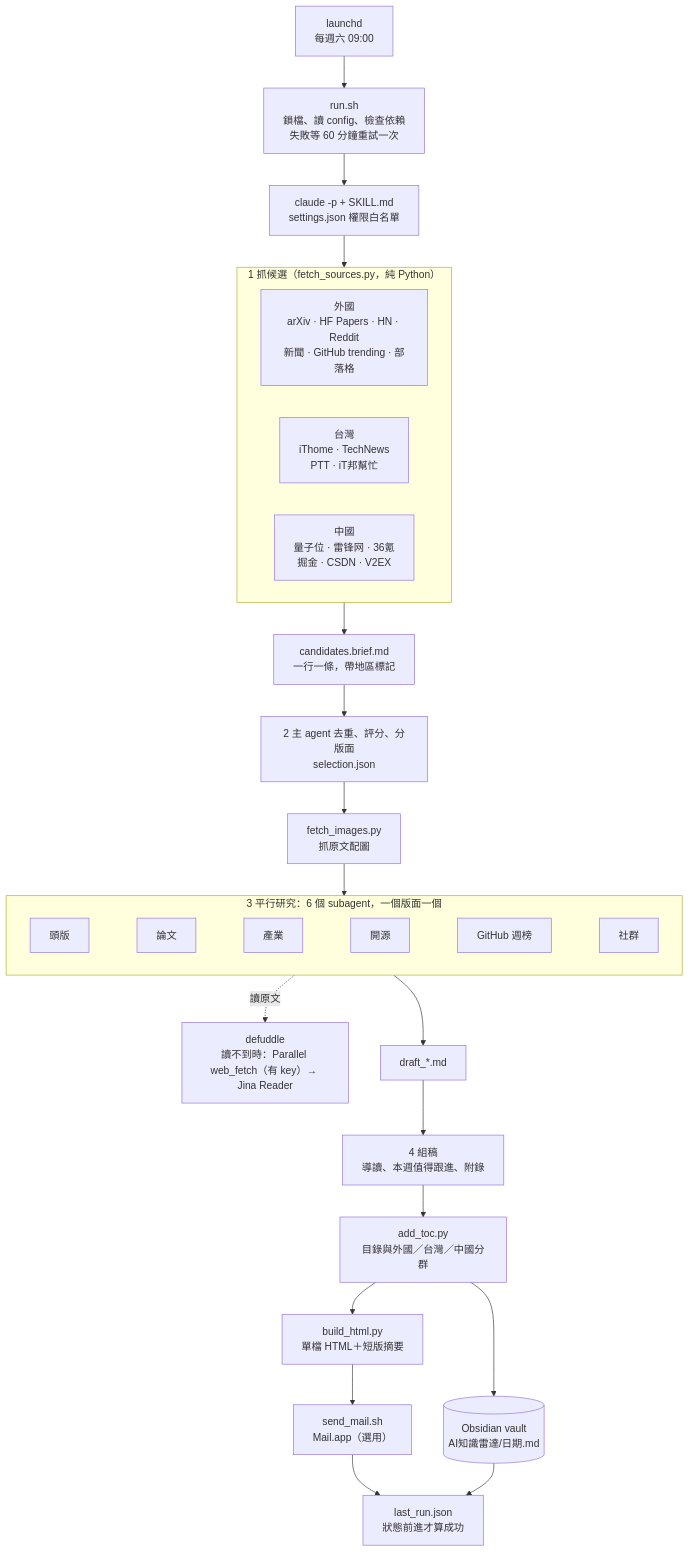
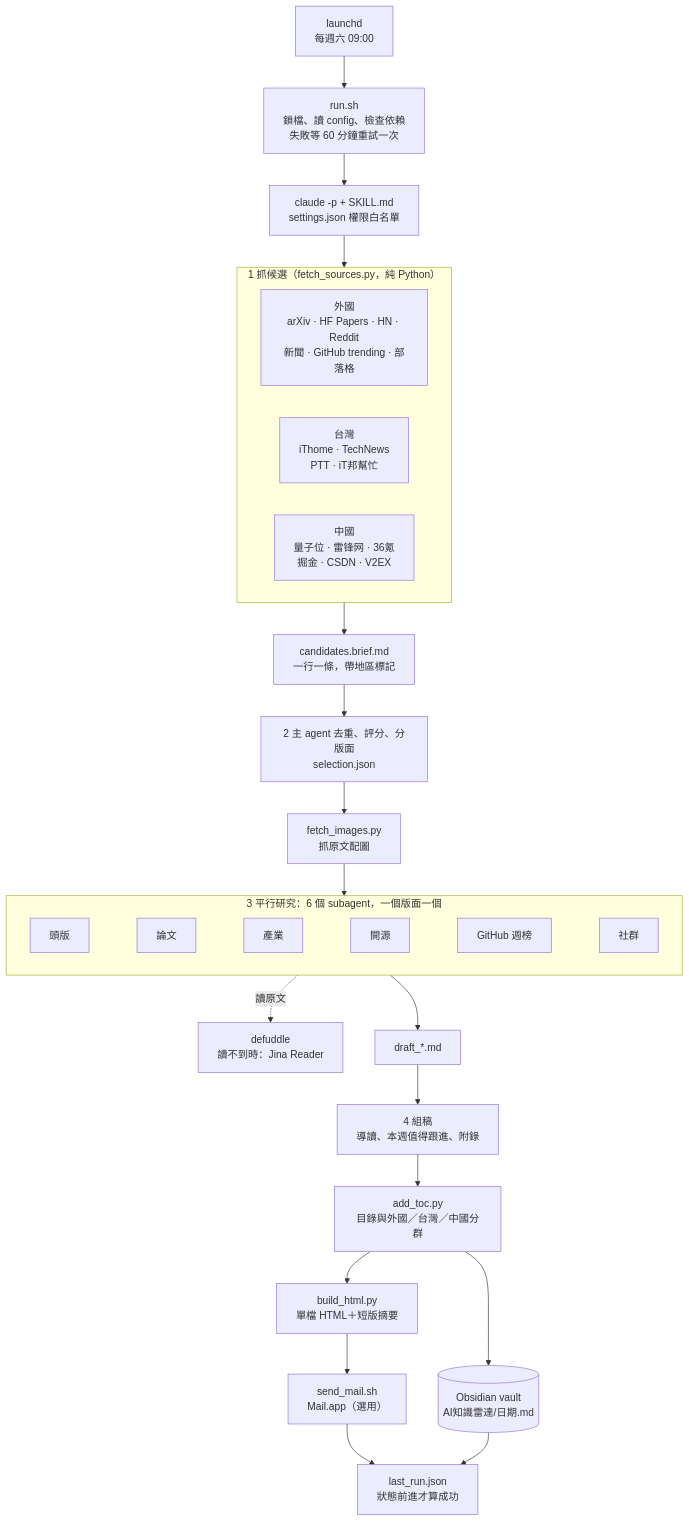
The diagram in README.md (dk40913/ai-radar), drawn with Mermaid before and after one commit. The commit also changed other lines of this file and 9 other files, not shown here.

Commit message:
Drop Parallel MCP: fallback fetching always uses Jina Reader

````diff
--- a/README.md
+++ b/README.md
@@ -60,31 +57,31 @@
 ```mermaid
 flowchart TD
     L["launchd<br/>每週六 09:00"] --> R["run.sh<br/>鎖檔、讀 config、檢查依賴<br/>失敗等 60 分鐘重試一次"]
     R --> C["claude -p + SKILL.md<br/>settings.json 權限白名單"]
 
     subgraph S1["1 抓候選（fetch_sources.py，純 Python）"]
         direction LR
         F1["外國<br/>arXiv · HF Papers · HN · Reddit<br/>新聞 · GitHub trending · 部落格"]
         F2["台灣<br/>iThome · TechNews<br/>PTT · iT邦幫忙"]
         F3["中國<br/>量子位 · 雷锋网 · 36氪<br/>掘金 · CSDN · V2EX"]
     end
     C --> S1
     S1 --> B["candidates.brief.md<br/>一行一條，帶地區標記"]
     B --> SEL["2 主 agent 去重、評分、分版面<br/>selection.json"]
     SEL --> IMG["fetch_images.py<br/>抓原文配圖"]
 
     subgraph S3["3 平行研究：6 個 subagent，一個版面一個"]
         direction LR
         A1[頭版] ~~~ A2[論文] ~~~ A3[產業] ~~~ A4[開源] ~~~ A5[GitHub 週榜] ~~~ A6[社群]
     end
     IMG --> S3
-    S3 -.讀原文.-> RD["defuddle<br/>讀不到時：Parallel web_fetch（有 key）→ Jina Reader"]
+    S3 -.讀原文.-> RD["defuddle<br/>讀不到時：Jina Reader"]
     S3 --> D["draft_*.md"]
     D --> CMP["4 組稿<br/>導讀、本週值得跟進、附錄"]
     CMP --> TOC["add_toc.py<br/>目錄與外國／台灣／中國分群"]
     TOC --> OB[("Obsidian vault<br/>AI知識雷達/日期.md")]
     TOC --> H["build_html.py<br/>單檔 HTML＋短版摘要"]
     H --> M["send_mail.sh<br/>Mail.app（選用）"]
     M --> ST["last_run.json<br/>狀態前進才算成功"]
     OB --> ST
 ```
````
